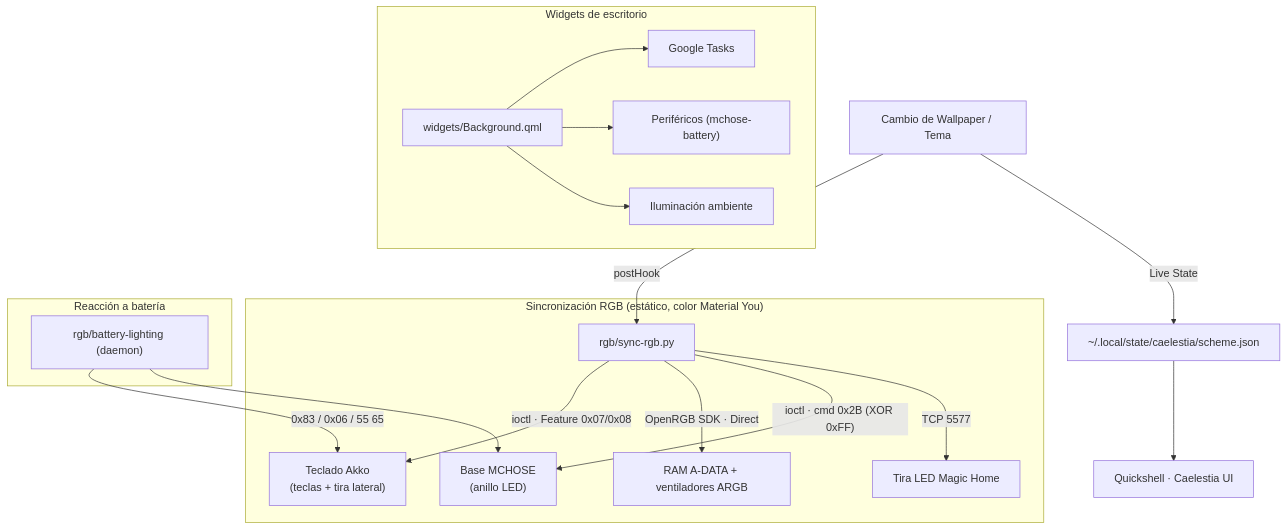
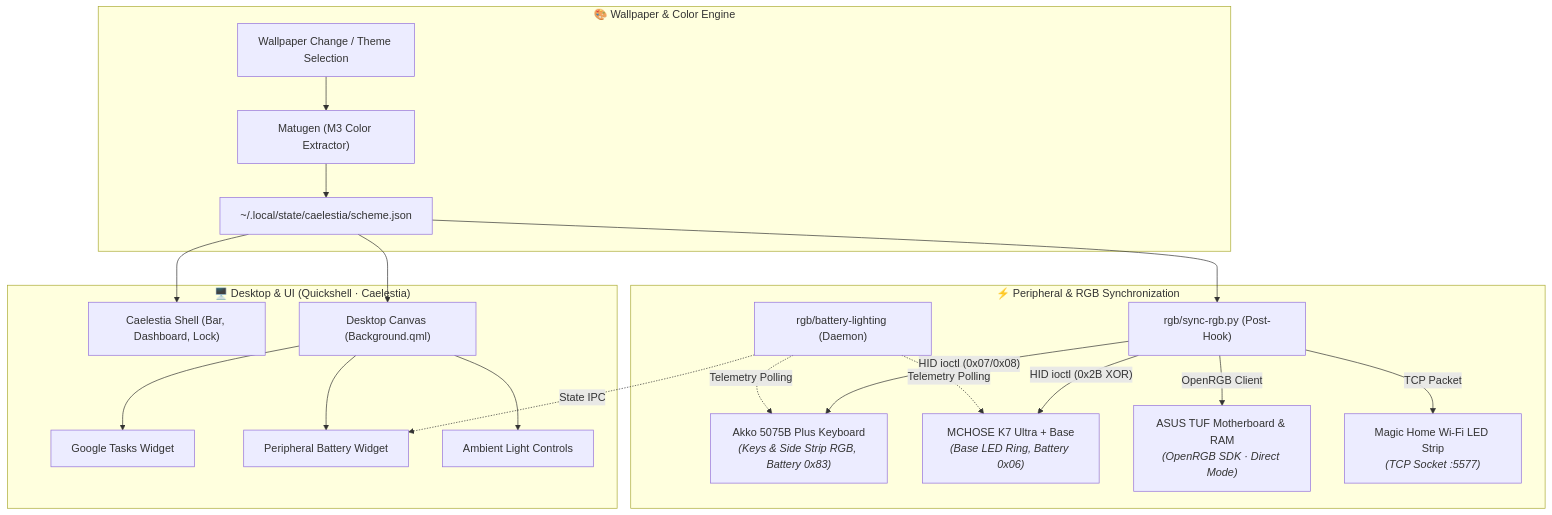
One commit to Alberviz/LinuxRicing changed the diagram in README.md. Above: the diagram before and after it, drawn with Mermaid. The commit also changed other lines of this file and 1 other file, not shown here.

Commit message:
docs: revamp README and FUTURE_ROADMAP with vision, English translation, and device onboarding wizard

````diff
--- a/README.md
+++ b/README.md
@@ -79,24 +86,43 @@
 ```mermaid
-graph TD
-    WP["Cambio de Wallpaper / Tema"] -->|"postHook"| SYNC["rgb/sync-rgb.py"]
-    WP -->|"Live State"| SCHEME["~/.local/state/caelestia/scheme.json"]
-    SCHEME --> CAEL["Quickshell · Caelestia UI"]
-
-    subgraph RGB["Sincronización RGB (estático, color Material You)"]
-        SYNC -->|"ioctl · Feature 0x07/0x08"| AKKO["Teclado Akko<br>(teclas + tira lateral)"]
-        SYNC -->|"OpenRGB SDK · Direct"| RAMFANS["RAM A-DATA + ventiladores ARGB"]
-        SYNC -->|"ioctl · cmd 0x2B (XOR 0xFF)"| MCHOSE["Base MCHOSE<br>(anillo LED)"]
-        SYNC -->|"TCP 5577"| MAGIC["Tira LED Magic Home"]
+flowchart TD
+    subgraph Trigger["🎨 Wallpaper & Color Engine"]
+        WP["Wallpaper Change / Theme Selection"]
+        MATUGEN["Matugen (M3 Color Extractor)"]
+        SCHEME["~/.local/state/caelestia/scheme.json"]
+        WP --> MATUGEN --> SCHEME
     end
 
-    subgraph BATT["Reacción a batería"]
-        BL["rgb/battery-lighting (daemon)"] -->|"0x83 / 0x06 / 55 65"| AKKO
-        BL --> MCHOSE
+    subgraph DesktopUI["🖥️ Desktop & UI (Quickshell · Caelestia)"]
+        CAEL["Caelestia Shell (Bar, Dashboard, Lock)"]
+        BGW["Desktop Canvas (Background.qml)"]
+        SCHEME --> CAEL
+        SCHEME --> BGW
+        
+        GTASKS["Google Tasks Widget"]
+        BATT_UI["Peripheral Battery Widget"]
+        AMB_UI["Ambient Light Controls"]
+        BGW --> GTASKS
+        BGW --> BATT_UI
+        BGW --> AMB_UI
     end
 
-    subgraph WID["Widgets de escritorio"]
-        BG["widgets/Background.qml"] --> GTASKS["Google Tasks"]
-        BG --> BATTW["Periféricos (mchose-battery)"]
-        BG --> LEDW["Iluminación ambiente"]
+    subgraph HardwareSync["⚡ Peripheral & RGB Synchronization"]
+        SYNC["rgb/sync-rgb.py (Post-Hook)"]
+        BATT_D["rgb/battery-lighting (Daemon)"]
+        SCHEME --> SYNC
+
+        AKKO["Akko 5075B Plus Keyboard<br/><i>(Keys & Side Strip RGB, Battery 0x83)</i>"]
+        MCHOSE["MCHOSE K7 Ultra + Base<br/><i>(Base LED Ring, Battery 0x06)</i>"]
+        OPENRGB["ASUS TUF Motherboard & RAM<br/><i>(OpenRGB SDK · Direct Mode)</i>"]
+        MAGIC["Magic Home Wi-Fi LED Strip<br/><i>(TCP Socket :5577)</i>"]
+
+        SYNC -->|"HID ioctl (0x07/0x08)"| AKKO
+        SYNC -->|"HID ioctl (0x2B XOR)"| MCHOSE
+        SYNC -->|"OpenRGB Client"| OPENRGB
+        SYNC -->|"TCP Packet"| MAGIC
+
+        BATT_D -.->|"Telemetry Polling"| AKKO
+        BATT_D -.->|"Telemetry Polling"| MCHOSE
+        BATT_D -.->|"State IPC"| BATT_UI
     end
 ```
````
